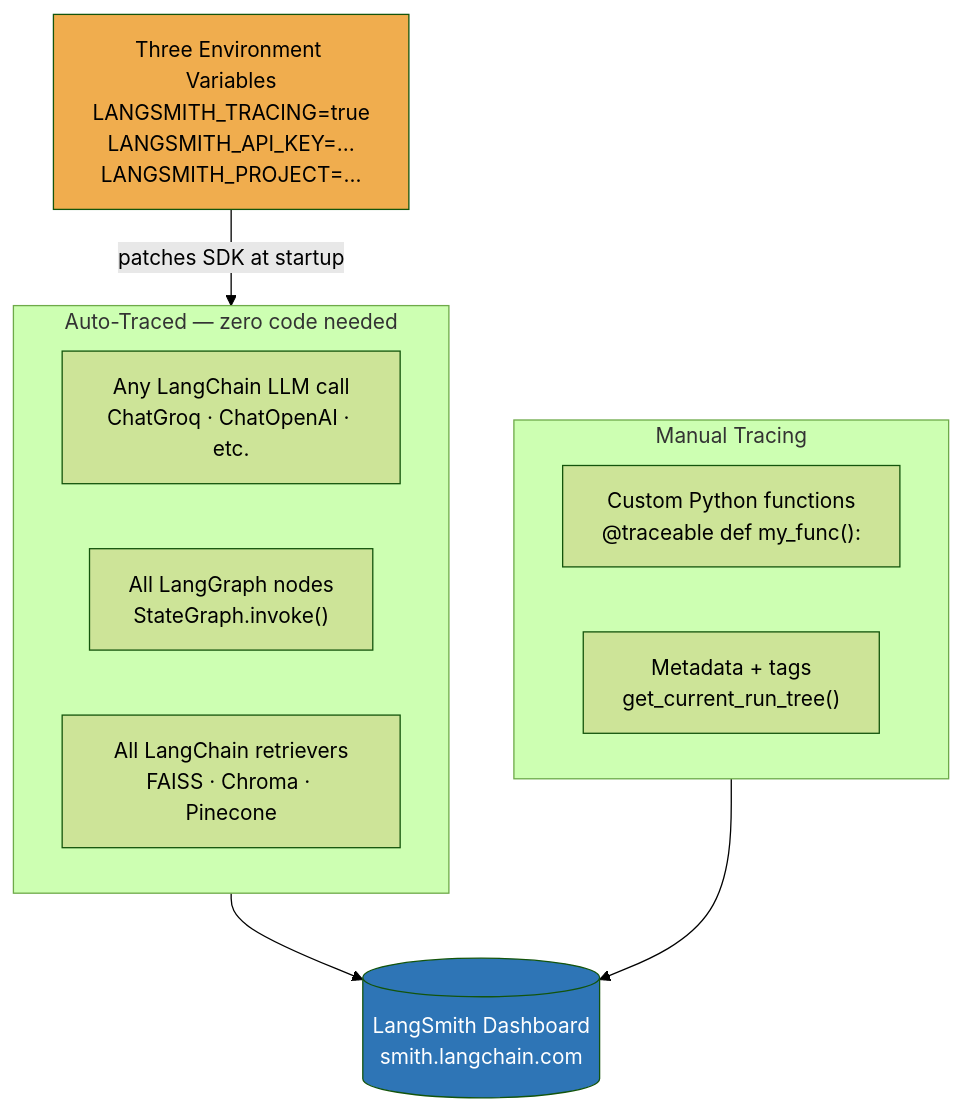
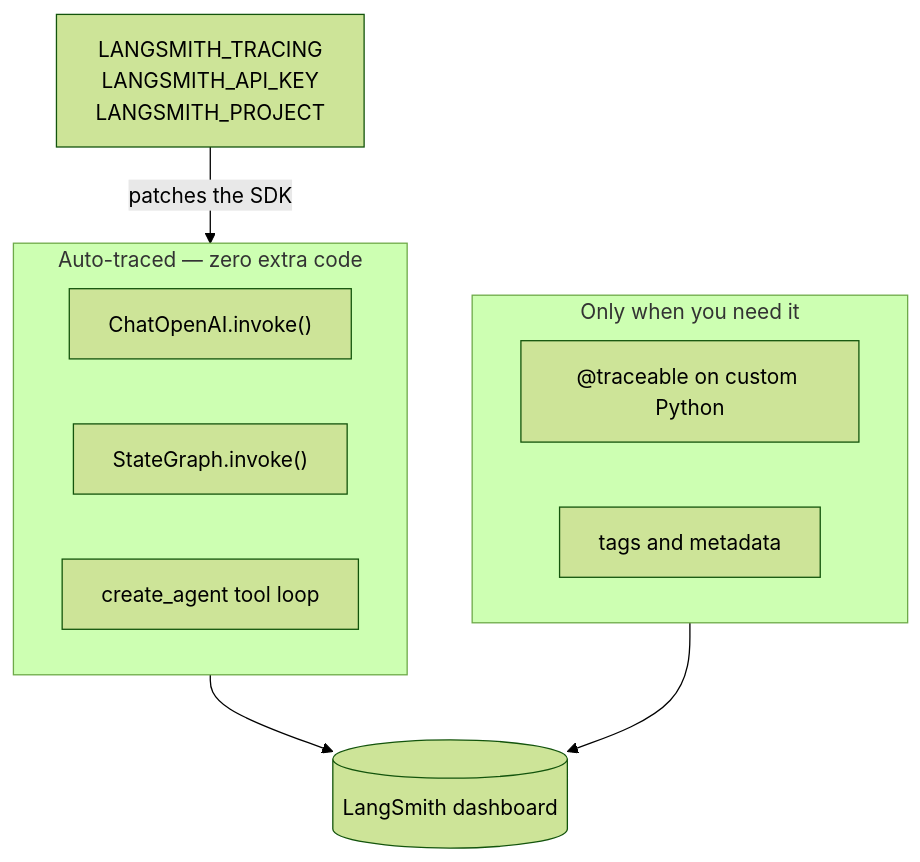
One commit to Walid-Ahmed/langgraph-tutorials changed the first of 4 diagrams in 10-observability/README.md. Above: the diagram before and after it, drawn with Mermaid (forest theme). The commit also changed other lines of this file and 3 other files, not shown here.

First line of the commit message:
Add a traced create_agent example with local-docs and web-search tools.

````diff
--- a/10-observability/README.md
+++ b/10-observability/README.md
@@ -49,22 +46,19 @@
 ```mermaid
-graph TD
-    ENV["Three Environment Variables\nLANGSMITH_TRACING=true\nLANGSMITH_API_KEY=...\nLANGSMITH_PROJECT=..."]
+flowchart TD
+    ENV["LANGSMITH_TRACING<br/>LANGSMITH_API_KEY<br/>LANGSMITH_PROJECT"]
 
-    subgraph Auto["Auto-Traced — zero code needed"]
-        LLM["Any LangChain LLM call\nChatGroq · ChatOpenAI · etc."]
-        LG["All LangGraph nodes\nStateGraph.invoke()"]
-        RET["All LangChain retrievers\nFAISS · Chroma · Pinecone"]
+    subgraph Auto["Auto-traced — zero extra code"]
+        LLM["ChatOpenAI.invoke()"]
+        LG["StateGraph.invoke()"]
+        AG["create_agent tool loop"]
     end
 
-    subgraph Manual["Manual Tracing"]
-        PY["Custom Python functions\n@traceable def my_func():"]
-        META["Metadata + tags\nget_current_run_tree()"]
+    subgraph Manual["Only when you need it"]
+        PY["@traceable on custom Python"]
+        META["tags and metadata"]
     end
 
-    ENV -->|"patches SDK at startup"| Auto
-    Auto --> DB[("LangSmith Dashboard\nsmith.langchain.com")]
+    ENV -->|"patches the SDK"| Auto
+    Auto --> DB[("LangSmith dashboard")]
     Manual --> DB
-
-    style ENV fill:#f0ad4e,color:#000
-    style DB fill:#2E75B6,color:#fff
 ```
````
